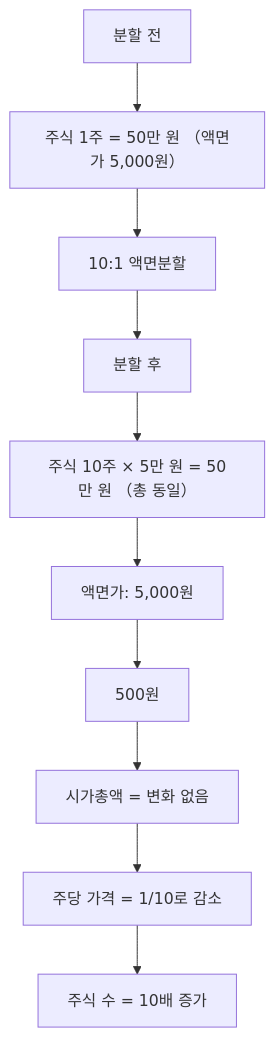
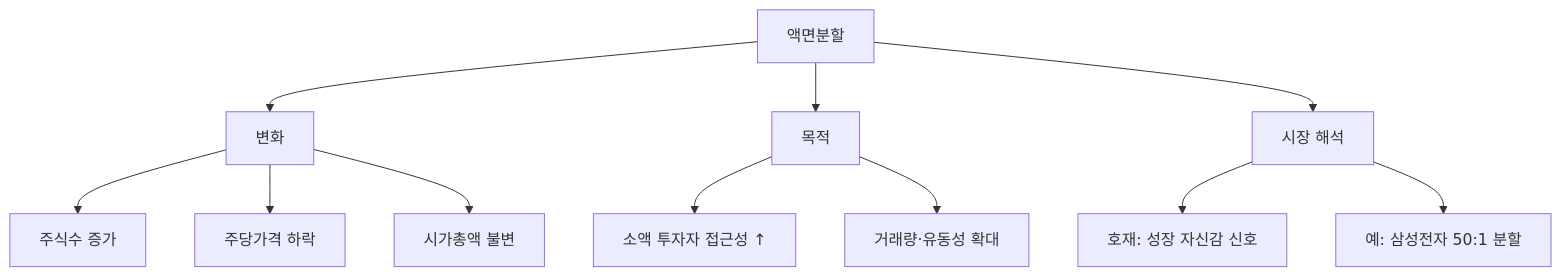
Before and after one commit to yeongseon/stock-visual-note: the diagram in content/stock-terms/ko/level-07-earnings/stock-split.md, drawn with Mermaid. The commit also changed other lines of this file and 96 other files, not shown here.

Commit message:
Rewrite all 98 remaining articles: branching Mermaid diagrams, natural search_intent, compelling seo_titles, clean descriptions

````diff
--- a/content/stock-terms/ko/level-07-earnings/stock-split.md
+++ b/content/stock-terms/ko/level-07-earnings/stock-split.md
@@ -42,22 +42,14 @@
 ```mermaid
 graph TD
-    A0["분할 전"]
-    A1["주식 1주 = 50만 원 （액면가 5,000원）"]
-    A2["10:1 액면분할"]
-    A3["분할 후"]
-    A4["주식 10주 × 5만 원 = 50만 원 （총 동일）"]
-    A5["액면가: 5,000원"]
-    A6["500원"]
-    A7["시가총액 = 변화 없음"]
-    A8["주당 가격 = 1/10로 감소"]
-    A9["주식 수 = 10배 증가"]
-    A0 --> A1
-    A1 --> A2
-    A2 --> A3
-    A3 --> A4
-    A4 --> A5
-    A5 --> A6
-    A6 --> A7
-    A7 --> A8
-    A8 --> A9
+    A["액면분할"]
+    A --> B["변화"]
+    A --> C["목적"]
+    A --> D["시장 해석"]
+    B --> B1["주식수 증가"]
+    B --> B2["주당가격 하락"]
+    B --> B3["시가총액 불변"]
+    C --> C1["소액 투자자 접근성 ↑"]
+    C --> C2["거래량·유동성 확대"]
+    D --> D1["호재: 성장 자신감 신호"]
+    D --> D2["예: 삼성전자 50:1 분할"]
 ```
````
